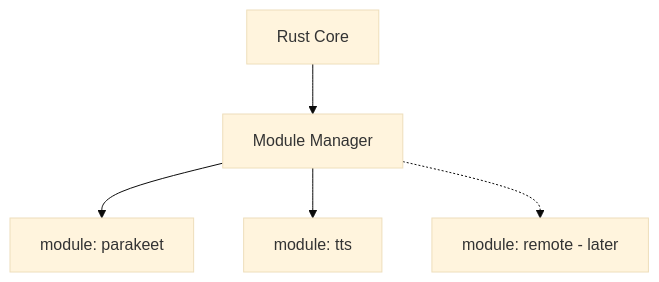
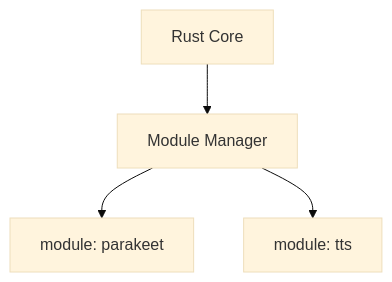
Before and after one commit to kiriuru/VoiceSub: the second of 2 diagrams in docs/plans/voicesub_roadmap.ru.md, drawn with Mermaid (base theme). The commit also changed other lines of this file and 153 other files, not shown here.

````diff
--- a/docs/plans/voicesub_roadmap.ru.md
+++ b/docs/plans/voicesub_roadmap.ru.md
@@ -72,13 +74,11 @@
 ```mermaid
 flowchart TB
   RC[Rust Core]
   MM[Module Manager]
   PAR[module: parakeet]
   TTS[module: tts]
-  REM[module: remote - later]
 
   RC --> MM
   MM --> PAR
   MM --> TTS
-  MM -.-> REM
 ```
````
